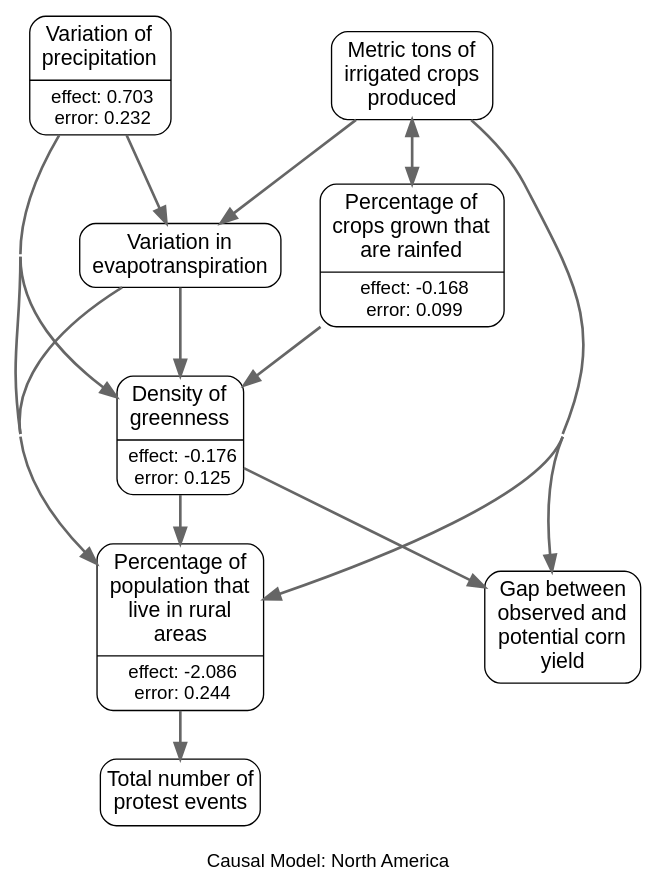
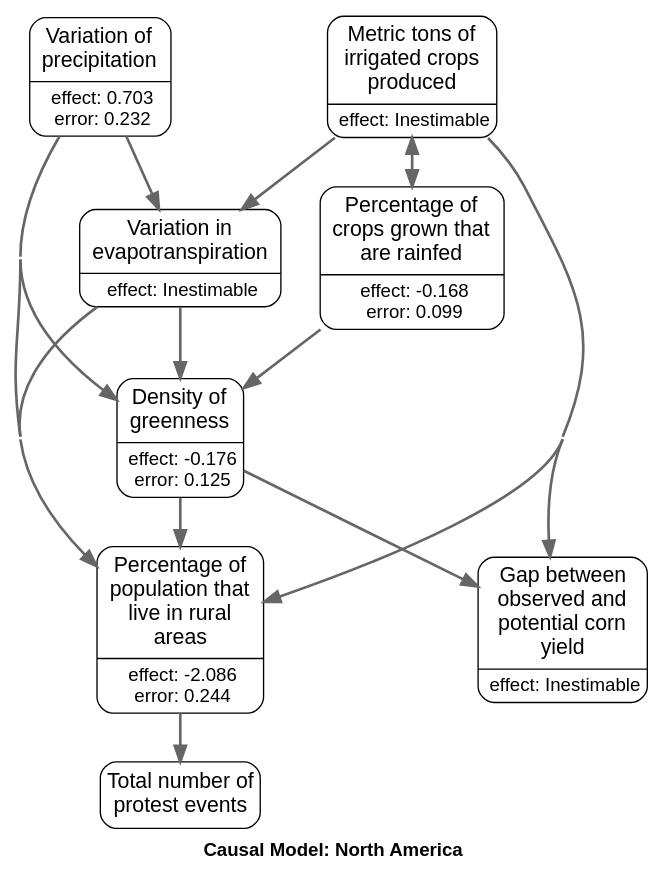
Before and after one commit to wri/wri-wpsi: the diagram in app/javascript/images/regions/causal_graphs/north_america.gv, drawn with Graphviz. The commit also changed 14 other files, not shown here.

Commit message:
graph updates, add legend

```diff
--- a/app/javascript/images/regions/causal_graphs/north_america.gv
+++ b/app/javascript/images/regions/causal_graphs/north_america.gv
@@ -1,67 +1,66 @@
 # generated file for region: north_america by CausalModelRegionGenerator
 strict digraph causalModel {
 fontname="Helvetica, Arial, sans-serif";
-label="
-Causal Model: North America";
+label=<<TABLE BORDER="0" CELLBORDER="0" CELLSPACING="0"><TR><TD></TD></TR><TR><TD ALIGN="LEFT"><B>Causal Model: North America</B></TD></TR></TABLE>>;
 labelloc = b;
 nodesep = 0.4;
 concentrate = true;
 node[shape = Mrecord, fontname = "Helvetica, Arial, sans-serif", margin = "0.10,0.06", penwidth = 1.0];
 edge[arrowsize = 1.2 penwidth = 2 color="#666666"];
 
 # nodes
 rurratio_s [label = <{<table align="center" border="0" cellspacing="1" cellpadding="1">
 <tr><td><font point-size="16">Percentage of<br/>population that<br/>live in rural<br/>areas<br/></font></td></tr>
 </table>
 |<table border="0" cellspacing="1" cellpadding="0.5"><tr><td><font point-size="14">effect: -2.086</font></td></tr>
 <tr><td><font point-size="14">error: 0.244</font></td></tr></table>}>, class = rankB];
-et_anom_m_STD_m [label = <<table align="center" border="0" cellspacing="1" cellpadding="1">
+et_anom_m_STD_m [label = <{<table align="center" border="0" cellspacing="1" cellpadding="1">
 <tr><td><font point-size="16">Variation in<br/>evapotranspiration<br/></font></td></tr>
 </table>
->, class = rankB];
+|<table border="0" cellspacing="1" cellpadding="0.5"><tr><td><font point-size="14">effect: Inestimable</font></td></tr></table>}>, class = rankB];
 ndvi_act_min_m [label = <{<table align="center" border="0" cellspacing="1" cellpadding="1">
 <tr><td><font point-size="16">Density of<br/>greenness<br/></font></td></tr>
 </table>
 |<table border="0" cellspacing="1" cellpadding="0.5"><tr><td><font point-size="14">effect: -0.176</font></td></tr>
 <tr><td><font point-size="14">error: 0.125</font></td></tr></table>}>, class = rankB];
 spi_3_m [label = <{<table align="center" border="0" cellspacing="1" cellpadding="1">
 <tr><td><font point-size="16">Variation of<br/>precipitation<br/></font></td></tr>
 </table>
 |<table border="0" cellspacing="1" cellpadding="0.5"><tr><td><font point-size="14">effect: 0.703</font></td></tr>
 <tr><td><font point-size="14">error: 0.232</font></td></tr></table>}>, class = rankA];
 rainfed_s [label = <{<table align="center" border="0" cellspacing="1" cellpadding="1">
 <tr><td><font point-size="16">Percentage of<br/>crops grown that<br/>are rainfed<br/></font></td></tr>
 </table>
 |<table border="0" cellspacing="1" cellpadding="0.5"><tr><td><font point-size="14">effect: -0.168</font></td></tr>
 <tr><td><font point-size="14">error: 0.099</font></td></tr></table>}>, class = rankB];
-spam_P_i_sum_s [label = <<table align="center" border="0" cellspacing="1" cellpadding="1">
+spam_P_i_sum_s [label = <{<table align="center" border="0" cellspacing="1" cellpadding="1">
 <tr><td><font point-size="16">Metric tons of<br/>irrigated crops<br/>produced<br/></font></td></tr>
 </table>
->, class = rankB];
-yield_gap_maize_s [label = <<table align="center" border="0" cellspacing="1" cellpadding="1">
+|<table border="0" cellspacing="1" cellpadding="0.5"><tr><td><font point-size="14">effect: Inestimable</font></td></tr></table>}>, class = rankB];
+yield_gap_maize_s [label = <{<table align="center" border="0" cellspacing="1" cellpadding="1">
 <tr><td><font point-size="16">Gap between<br/>observed and<br/>potential corn<br/>yield<br/></font></td></tr>
 </table>
->, class = rankB];
+|<table border="0" cellspacing="1" cellpadding="0.5"><tr><td><font point-size="14">effect: Inestimable</font></td></tr></table>}>, class = rankB];
 acl_pprt_evnt_m [label = "Total number of
 protest events" class = rankC shape=box style=rounded fontsize="16pt" margin = "0.05,0.10"];
 
 #ranks
 
 
 # links
 rurratio_s -> acl_pprt_evnt_m;
 et_anom_m_STD_m -> rurratio_s;
 et_anom_m_STD_m -> ndvi_act_min_m;
 ndvi_act_min_m -> rurratio_s;
 ndvi_act_min_m -> yield_gap_maize_s;
 spi_3_m -> rurratio_s;
 spi_3_m -> et_anom_m_STD_m;
 spi_3_m -> ndvi_act_min_m;
 rainfed_s -> ndvi_act_min_m;
 rainfed_s -> spam_P_i_sum_s;
 spam_P_i_sum_s -> rurratio_s;
 spam_P_i_sum_s -> et_anom_m_STD_m;
 spam_P_i_sum_s -> rainfed_s;
 spam_P_i_sum_s -> yield_gap_maize_s;
 
 }
```
